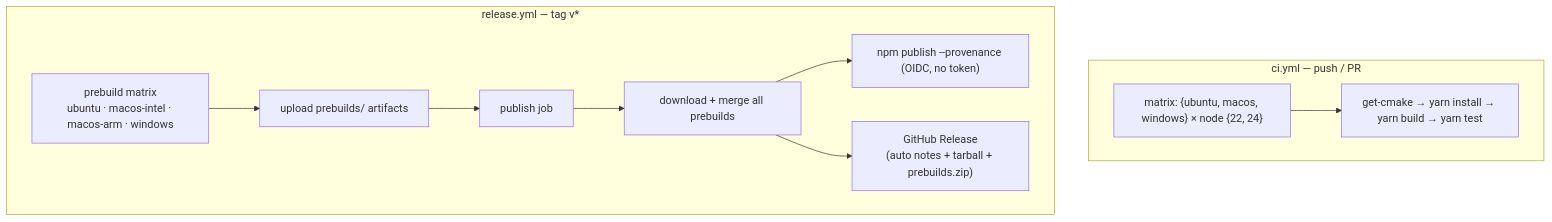
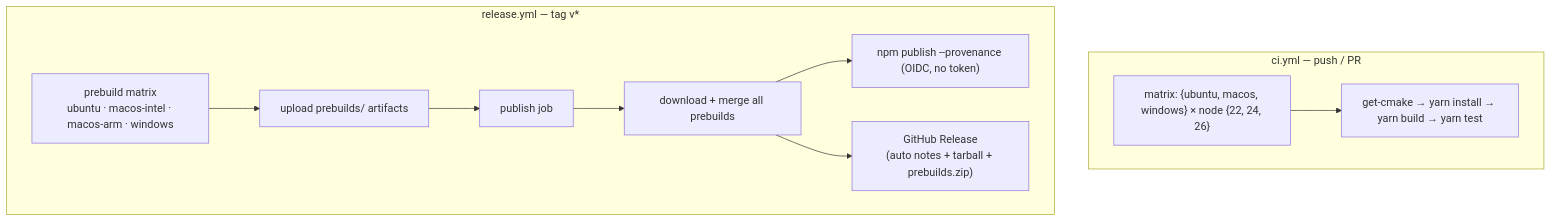
Before and after one commit to homaiohq/napi-quickfix: the seventh of 7 diagrams in ARCHITECTURE.md, drawn with Mermaid. The commit also changed other lines of this file and 3 other files, not shown here.

First line of the commit message:
ci: add Node 26 to the test matrix

````diff
--- a/ARCHITECTURE.md
+++ b/ARCHITECTURE.md
@@ -197,15 +197,15 @@
 ```mermaid
 flowchart TD
   subgraph CI["ci.yml — push / PR"]
-    M["matrix: {ubuntu, macos, windows} × node {22, 24}"]
+    M["matrix: {ubuntu, macos, windows} × node {22, 24, 26}"]
     M --> S1["get-cmake → yarn install → yarn build → yarn test"]
   end
   subgraph REL["release.yml — tag v*"]
     P["prebuild matrix<br/>ubuntu · macos-intel · macos-arm · windows"]
     P --> UP["upload prebuilds/ artifacts"]
     UP --> PUB["publish job"]
     PUB --> DL["download + merge all prebuilds"]
     DL --> NPM["npm publish --provenance (OIDC, no token)"]
     DL --> GH["GitHub Release<br/>(auto notes + tarball + prebuilds.zip)"]
   end
 ```
````
